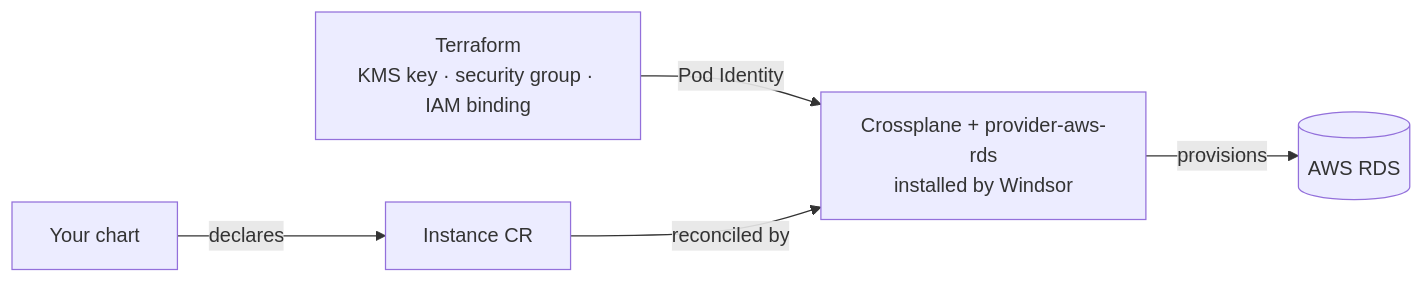
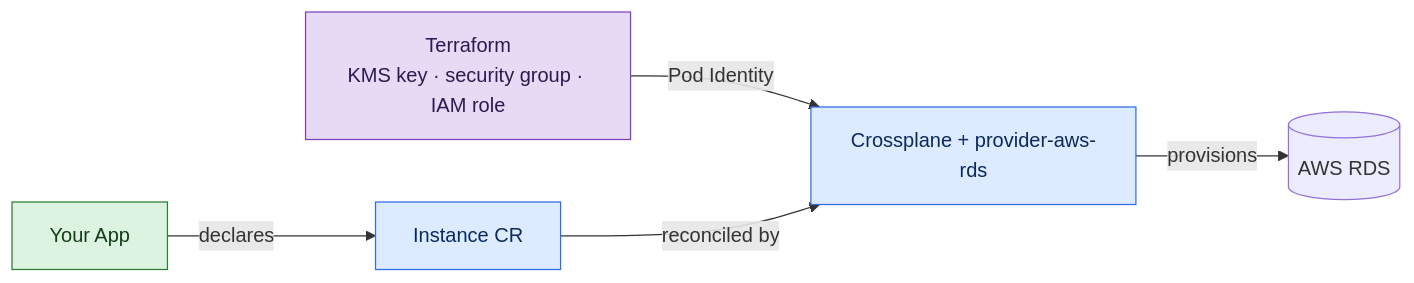
One commit to windsorcli/core changed the diagram in docs/guides/database/rds.md. Above: the diagram before and after it, drawn with Mermaid. The commit also changed other lines of this file and 4 other files, not shown here.

````diff
--- a/docs/guides/database/rds.md
+++ b/docs/guides/database/rds.md
@@ -48,13 +80,19 @@
 ```mermaid
 flowchart LR
-  tf[Terraform<br/>KMS key · security group · IAM binding]
-  crossplane[Crossplane + provider-aws-rds<br/>installed by Windsor]
-  chart[Your chart]
+  tf[Terraform<br/>KMS key · security group · IAM role]
+  crossplane[Crossplane + provider-aws-rds]
+  app[Your App]
   cr[Instance CR]
   aws[(AWS RDS)]
 
   tf -->|Pod Identity| crossplane
-  chart -->|declares| cr
+  app -->|declares| cr
   cr -->|reconciled by| crossplane
   crossplane -->|provisions| aws
+  classDef terraform fill:#E6DAF5,stroke:#7B42BC,color:#2E1A4F
+  classDef k8s fill:#DCEBFF,stroke:#326CE5,color:#0B2A5B
+  classDef app fill:#DDF3E1,stroke:#2E7D32,color:#123D17
+  class tf terraform
+  class crossplane,cr k8s
+  class app app
 ```
````
